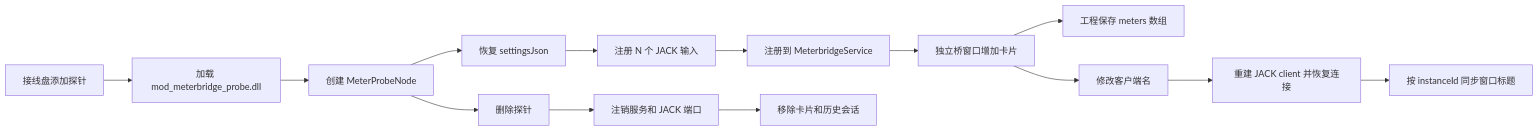
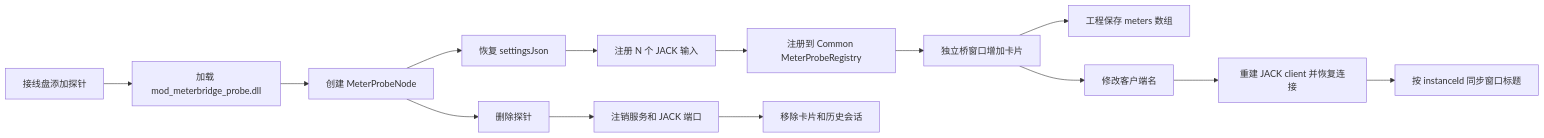
One commit to AI-Hobbyist/WinJACKNexus changed the first of 2 diagrams in Docs/电平表桥开发计划书.md. Above: the diagram before and after it, drawn with Mermaid. The commit also changed other lines of this file and 9 other files, not shown here.

````diff
--- a/Docs/电平表桥开发计划书.md
+++ b/Docs/电平表桥开发计划书.md
@@ -217,16 +213,16 @@
 ```mermaid
 flowchart LR
   A[接线盘添加探针] --> B[加载 mod_meterbridge_probe.dll]
     B --> C[创建 MeterProbeNode]
     C --> D[恢复 settingsJson]
     D --> E[注册 N 个 JACK 输入]
-    E --> F[注册到 MeterbridgeService]
+    E --> F[注册到 Common MeterProbeRegistry]
     F --> G[独立桥窗口增加卡片]
     G --> H[工程保存 meters 数组]
     G --> L[修改客户端名]
     L --> M[重建 JACK client 并恢复连接]
     M --> N[按 instanceId 同步窗口标题]
     C --> I[删除探针]
     I --> J[注销服务和 JACK 端口]
     J --> K[移除卡片和历史会话]
 ```
````
